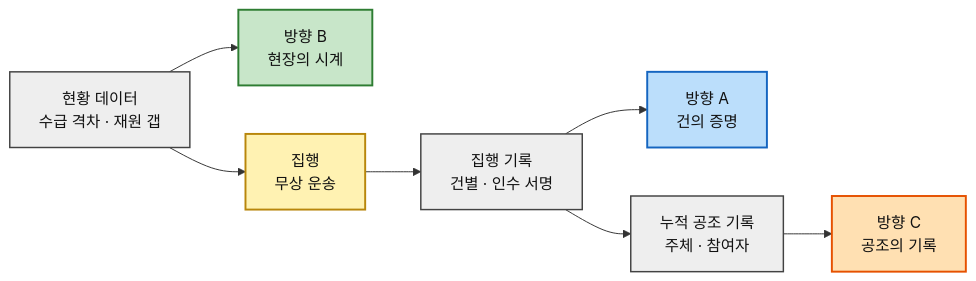
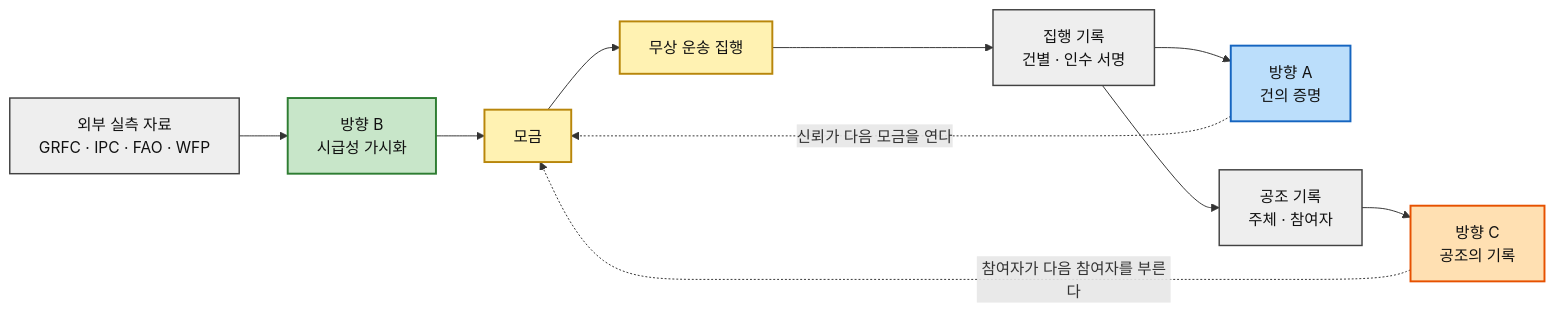
The second of 2 diagrams in 08-competitor-branding/가치목표-제안-03-식량-재분배-플랫폼.md (wild-mental/business-research-practice-2026-sesac), drawn with Mermaid before and after one commit. The commit also changed other lines of this file and 1 other file, not shown here.

````diff
--- a/08-competitor-branding/가치목표-제안-03-식량-재분배-플랫폼.md
+++ b/08-competitor-branding/가치목표-제안-03-식량-재분배-플랫폼.md
@@ -168,15 +182,18 @@
 ```mermaid
 flowchart LR
-    D1["현황 데이터<br>수급 격차 · 재원 갭"]:::d --> B["방향 B<br>현장의 시계"]:::b
-    D1 --> EXEC["집행<br>무상 운송"]:::e
-    EXEC --> D2["집행 기록<br>건별 · 인수 서명"]:::d
+    D0["외부 실측 자료<br>GRFC · IPC · FAO · WFP"]:::src --> B["방향 B<br>시급성 가시화"]:::b
+    B --> FUND["모금"]:::mid
+    FUND --> EXEC["무상 운송 집행"]:::mid
+    EXEC --> D2["집행 기록<br>건별 · 인수 서명"]:::src
     D2 --> A["방향 A<br>건의 증명"]:::a
-    D2 --> D3["누적 공조 기록<br>주체 · 참여자"]:::d
+    D2 --> D3["공조 기록<br>주체 · 참여자"]:::src
     D3 --> C["방향 C<br>공조의 기록"]:::c
+    A -.->|"신뢰가 다음 모금을 연다"| FUND
+    C -.->|"참여자가 다음 참여자를 부른다"| FUND
 
-    classDef d fill:#EEEEEE,stroke:#424242,stroke-width:1.5px,color:#111;
+    classDef src fill:#EEEEEE,stroke:#424242,stroke-width:1.5px,color:#111;
     classDef b fill:#C8E6C9,stroke:#2E7D32,stroke-width:2px,color:#111;
     classDef a fill:#BBDEFB,stroke:#1565C0,stroke-width:2px,color:#111;
     classDef c fill:#FFE0B2,stroke:#E65100,stroke-width:2px,color:#111;
-    classDef e fill:#FFF2B2,stroke:#B8860B,stroke-width:2px,color:#111;
+    classDef mid fill:#FFF2B2,stroke:#B8860B,stroke-width:2px,color:#111;
 ```
````
